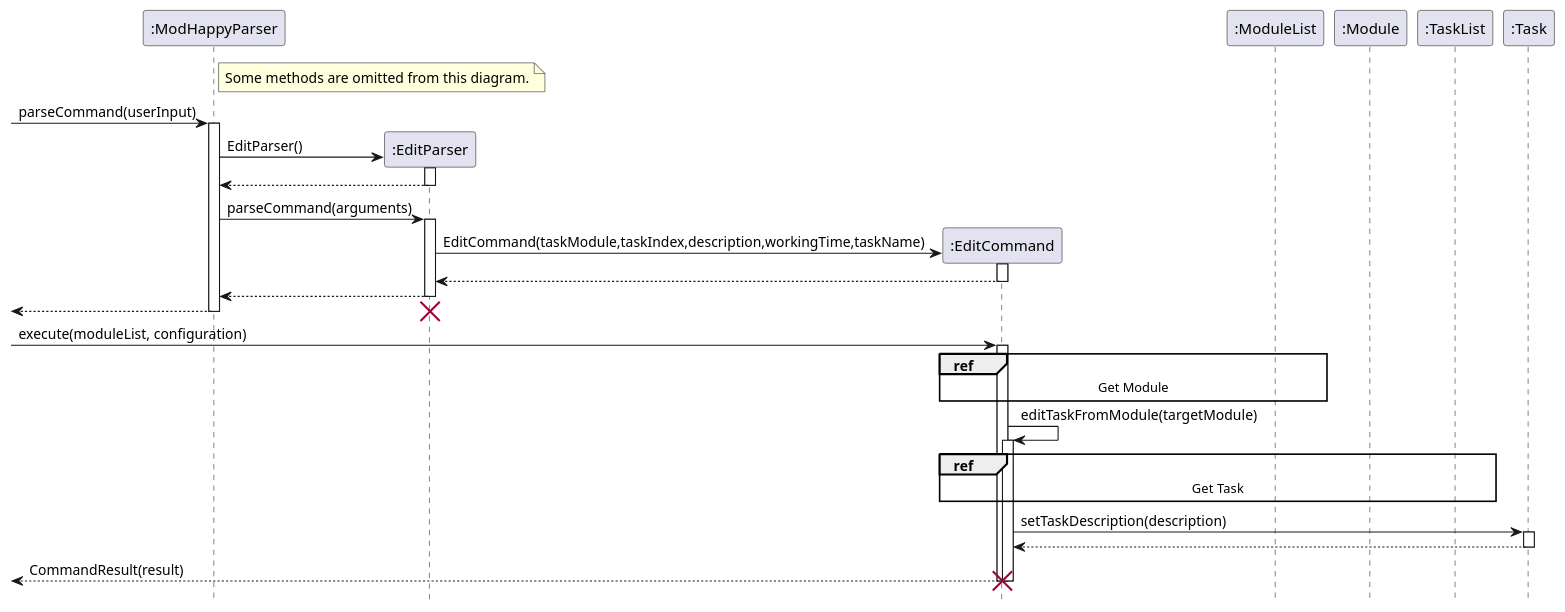
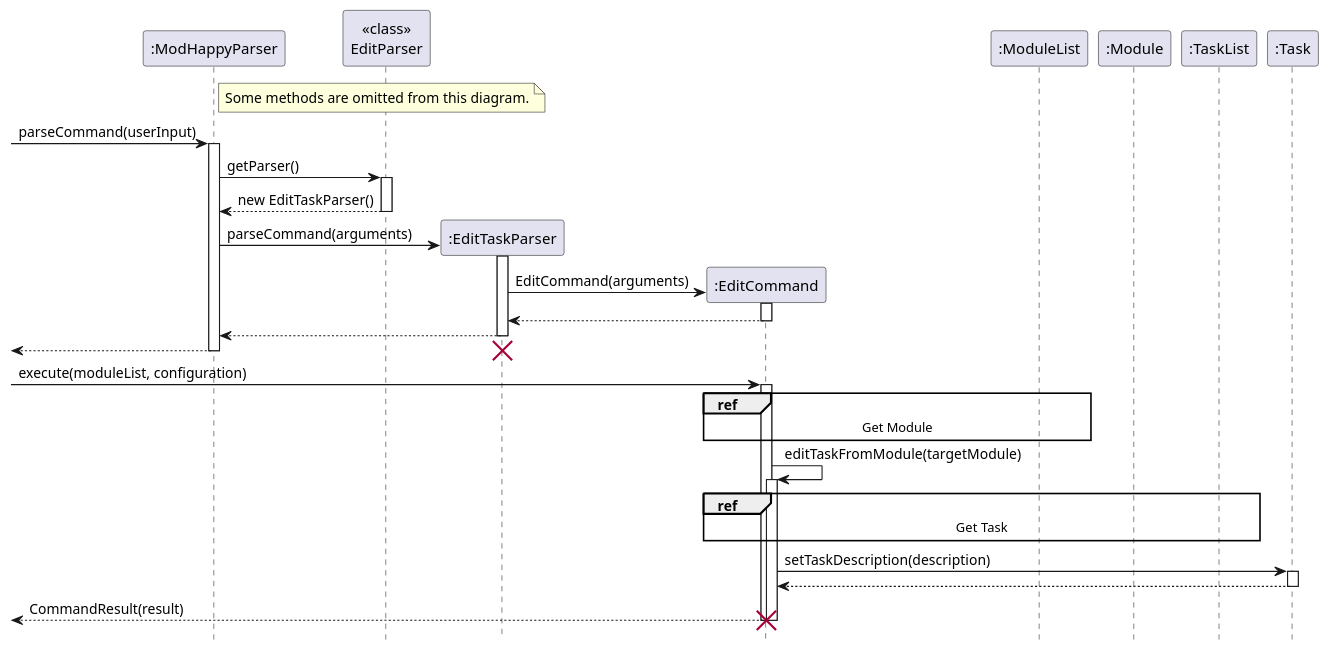
Before and after one commit to nus-cs2113-AY2122S2/tp: the diagram in docs/SequenceDiagrams/EditSeqDiagrams/Edit.puml, drawn with PlantUML. The commit also changed 3 other files, not shown here.

```diff
--- a/docs/SequenceDiagrams/EditSeqDiagrams/Edit.puml
+++ b/docs/SequenceDiagrams/EditSeqDiagrams/Edit.puml
@@ -1,52 +1,53 @@
 @startuml
 'https://plantuml.com/sequence-diagram
 
 skinparam shadowing false
 participant ":ModHappyParser" as ModHappyParser
-participant ":EditParser" as EditParser
+participant "<<class>>\nEditParser" as EditParser
+participant ":EditTaskParser" as EditTaskParser
 participant ":EditCommand" as EditCommand
 participant ":ModuleList" as ModuleList
 participant ":Module" as Module
 participant ":TaskList" as TaskList
 participant ":Task" as Task
 hide footbox
 
 note right of ModHappyParser
 Some methods are omitted from this diagram.
 end note
 
 [->ModHappyParser:parseCommand(userInput)
 activate ModHappyParser
-create EditParser
-ModHappyParser -> EditParser: EditParser()
+
+ModHappyParser -> EditParser: getParser()
 activate EditParser
-return
-
-ModHappyParser -> EditParser: parseCommand(arguments)
-activate EditParser
+return new EditTaskParser()
+create EditTaskParser
+ModHappyParser -> EditTaskParser: parseCommand(arguments)
+activate EditTaskParser
 create EditCommand
-EditParser -> EditCommand: EditCommand(taskModule,taskIndex,description,workingTime,taskName)
+EditTaskParser -> EditCommand: EditCommand(arguments)
 activate EditCommand
 return
 return
 return
 
-destroy EditParser
+destroy EditTaskParser
 
 [->EditCommand:execute(moduleList, configuration)
 activate EditCommand
 ref over EditCommand, ModuleList: Get Module
 EditCommand -> EditCommand: editTaskFromModule(targetModule)
 activate EditCommand
 ref over EditCommand, TaskList: Get Task
 EditCommand -> Task: setTaskDescription(description)
 activate Task
 return
 deactivate Task
 return CommandResult(result)
 deactivate EditCommand
 
 destroy EditCommand
 
 
 @enduml
```
